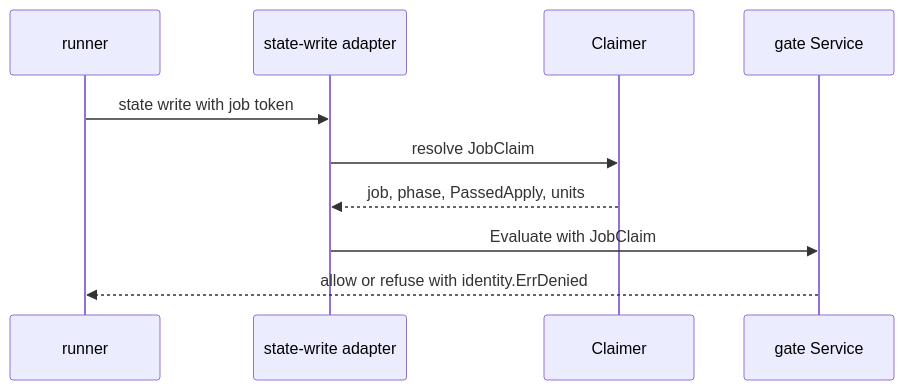
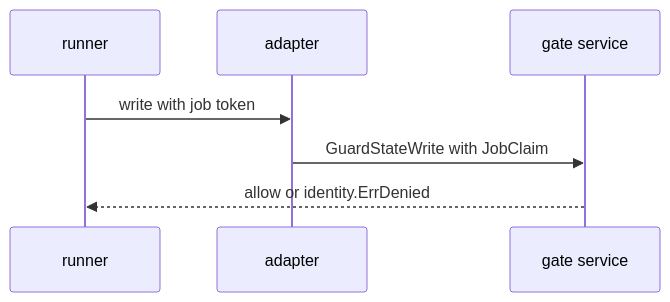
The first of 3 diagrams in openspec/changes/job-token-rules-state-write/design.md (OpenDustpan/OpenDustpan), drawn with Mermaid before and after one commit. The commit also changed other lines of this file and 35 other files, not shown here.

````diff
--- a/openspec/changes/job-token-rules-state-write/design.md
+++ b/openspec/changes/job-token-rules-state-write/design.md
@@ -29,12 +29,9 @@
 ```mermaid
 sequenceDiagram
 participant R as runner
-participant A as state-write adapter
-participant C as Claimer
-participant G as gate Service
-R->>A: state write with job token
-A->>C: resolve JobClaim
-C-->>A: job, phase, PassedApply, units
-A->>G: Evaluate with JobClaim
-G-->>R: allow or refuse with identity.ErrDenied
+participant A as adapter
+participant G as gate service
+R->>A: write with job token
+A->>G: GuardStateWrite with JobClaim
+G-->>R: allow or identity.ErrDenied
 ```
````
